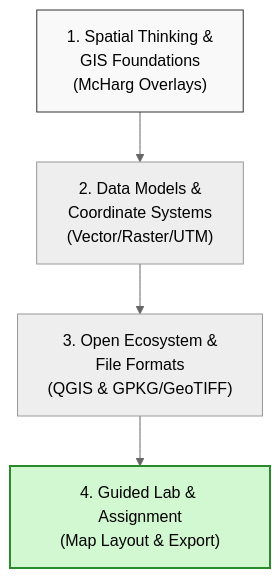
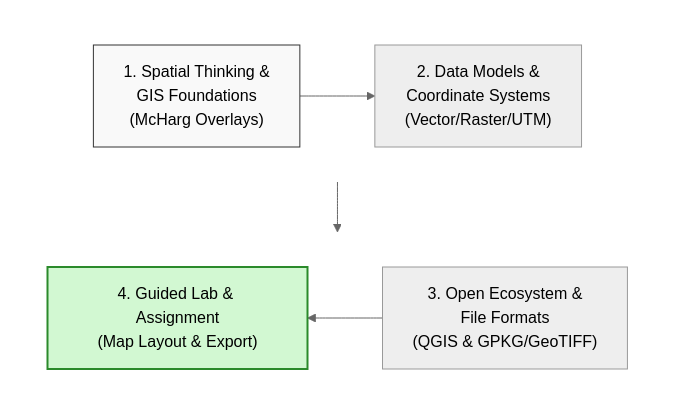
The diagram in docs/day1/index.md (Rotten-Grapes-Pvt-Ltd/QGIS-WECS), drawn with Mermaid (neutral theme) before and after one commit. The commit also changed 5 other files, not shown here.

Commit message:
Refactor learning roadmaps on Days 1-5 to a compact grid-based snake flow

````diff
--- a/docs/day1/index.md
+++ b/docs/day1/index.md
@@ -29,9 +29,17 @@
 ```mermaid
-graph TD
-    A["1. Spatial Thinking &<br/>GIS Foundations<br/>(McHarg Overlays)"] --> B["2. Data Models &<br/>Coordinate Systems<br/>(Vector/Raster/UTM)"]
-    B --> C["3. Open Ecosystem &<br/>File Formats<br/>(QGIS & GPKG/GeoTIFF)"]
-    C --> D["4. Guided Lab & Assignment<br/>(Map Layout & Export)"]
+flowchart TD
+    subgraph Row1 [" "]
+        direction LR
+        A["1. Spatial Thinking &<br/>GIS Foundations<br/>(McHarg Overlays)"] --> B["2. Data Models &<br/>Coordinate Systems<br/>(Vector/Raster/UTM)"]
+    end
+    subgraph Row2 [" "]
+        direction RL
+        C["3. Open Ecosystem &<br/>File Formats<br/>(QGIS & GPKG/GeoTIFF)"] --> D["4. Guided Lab & Assignment<br/>(Map Layout & Export)"]
+    end
+    B --> C
     
     style A fill:#f9f9f9,stroke:#333
     style D fill:#d2f8d2,stroke:#2b8a2b,stroke-width:2px
+    style Row1 fill:none,stroke:none,stroke-width:0px
+    style Row2 fill:none,stroke:none,stroke-width:0px
 ```
````
